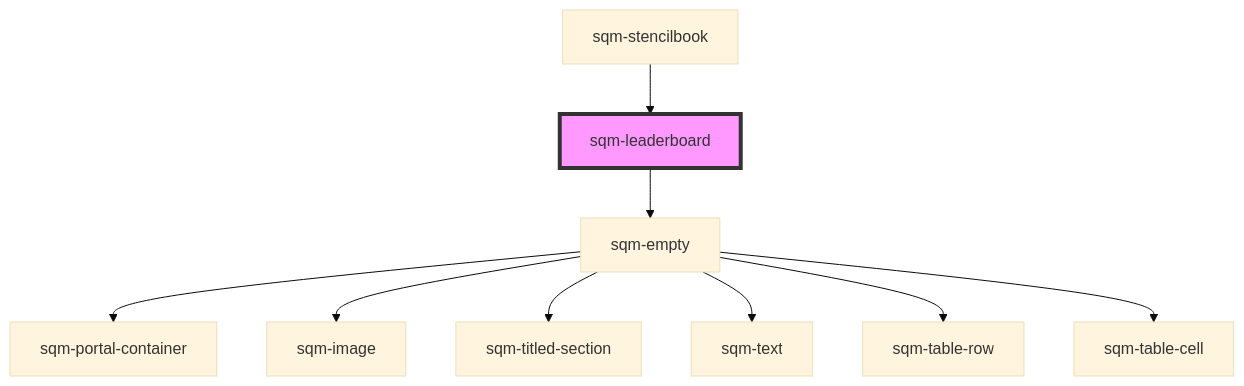
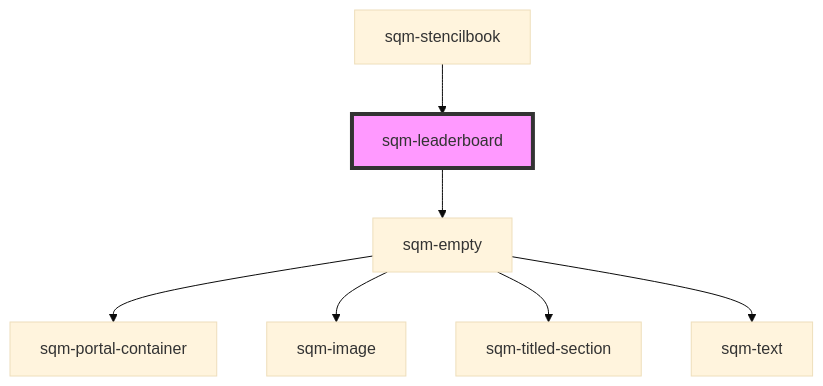
The diagram in packages/mint-components/src/components/sqm-leaderboard/readme.md (saasquatch/program-tools), drawn with Mermaid (base theme) before and after one commit. The commit also changed 11 other files, not shown here.

````diff
--- a/packages/mint-components/src/components/sqm-leaderboard/readme.md
+++ b/packages/mint-components/src/components/sqm-leaderboard/readme.md
@@ -35,12 +35,10 @@
 ```mermaid
 graph TD;
   sqm-leaderboard --> sqm-empty
   sqm-empty --> sqm-portal-container
   sqm-empty --> sqm-image
   sqm-empty --> sqm-titled-section
   sqm-empty --> sqm-text
-  sqm-empty --> sqm-table-row
-  sqm-empty --> sqm-table-cell
   sqm-stencilbook --> sqm-leaderboard
   style sqm-leaderboard fill:#f9f,stroke:#333,stroke-width:4px
 ```
````
